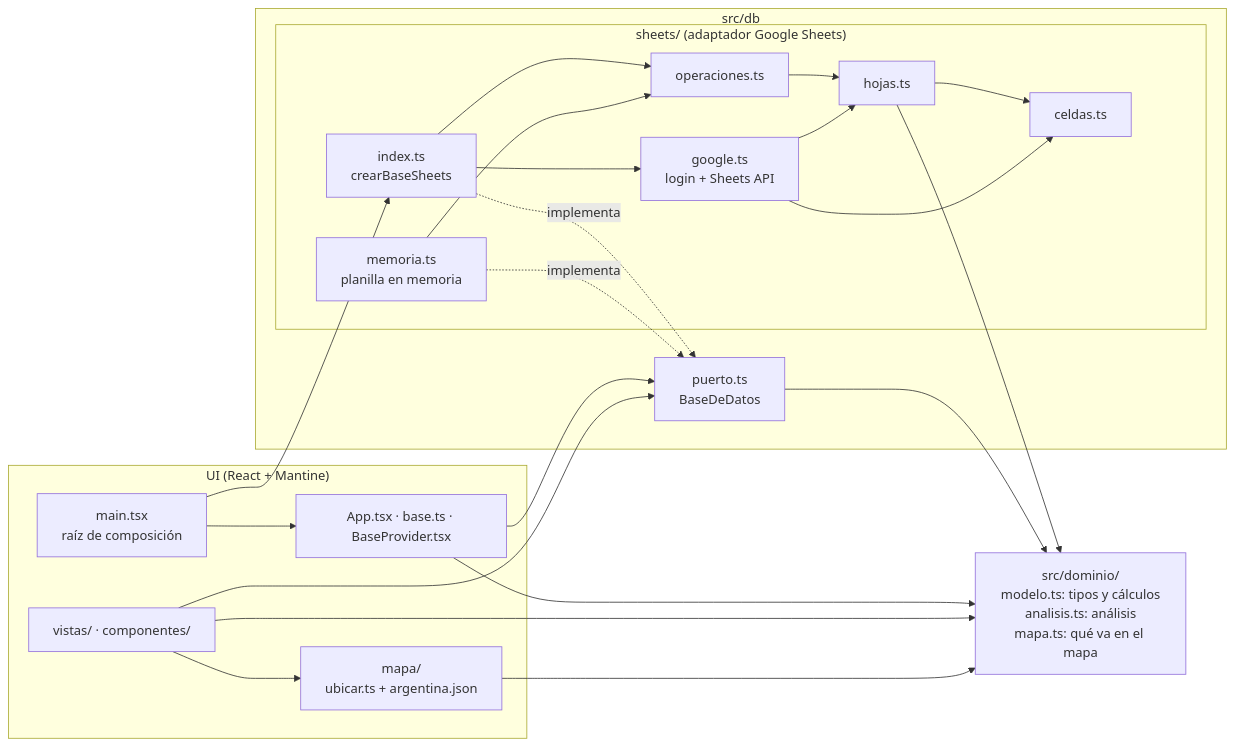
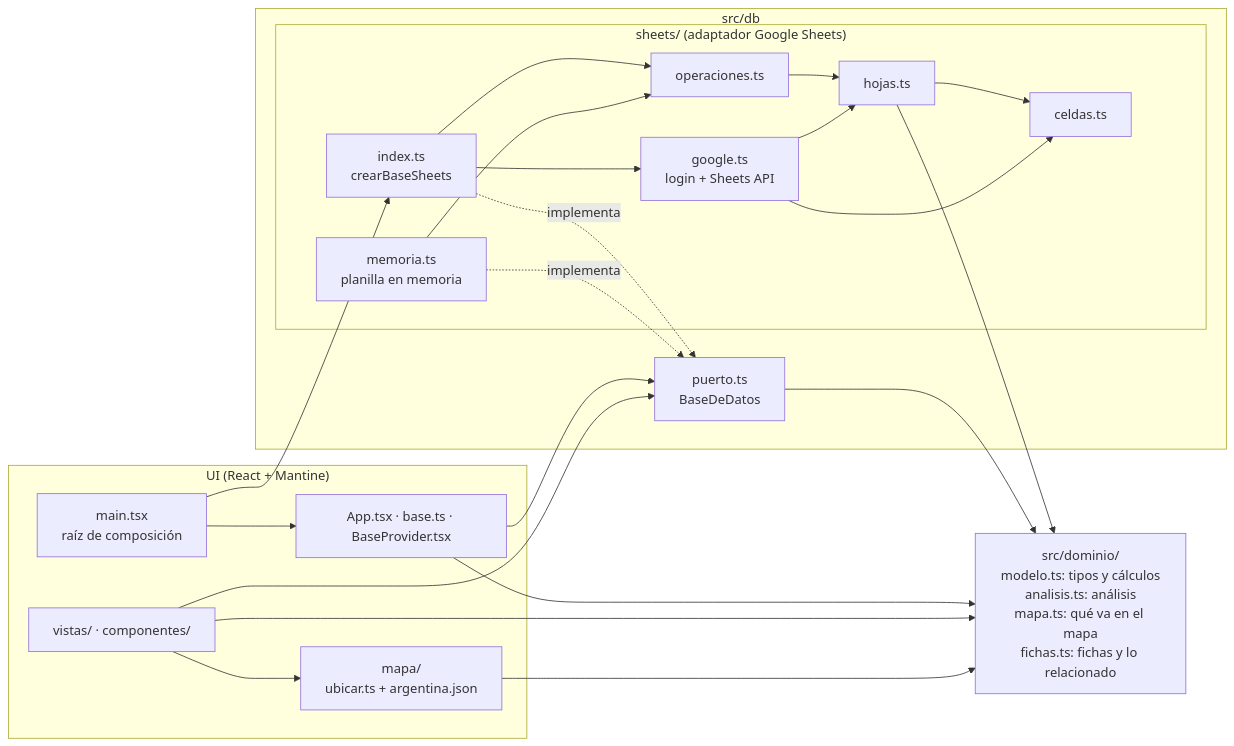
The first of 2 diagrams in spec/arquitectura.md (magalipujol/ERPeq), drawn with Mermaid before and after one commit. The commit also changed other lines of this file and 23 other files, not shown here.

````diff
--- a/spec/arquitectura.md
+++ b/spec/arquitectura.md
@@ -10,41 +10,41 @@
 ```mermaid
 flowchart LR
   subgraph UI["UI (React + Mantine)"]
     main["main.tsx<br/>raíz de composición"]
     app["App.tsx · base.ts · BaseProvider.tsx"]
     vistas["vistas/ · componentes/"]
     mapa["mapa/<br/>ubicar.ts + argentina.json"]
   end
   subgraph db["src/db"]
     puerto["puerto.ts<br/>BaseDeDatos"]
     subgraph sheets["sheets/ (adaptador Google Sheets)"]
       index["index.ts<br/>crearBaseSheets"]
       ops["operaciones.ts"]
       hojas["hojas.ts"]
       celdas["celdas.ts"]
       google["google.ts<br/>login + Sheets API"]
       memoria["memoria.ts<br/>planilla en memoria"]
     end
   end
-  dominio["src/dominio/<br/>modelo.ts: tipos y cálculos<br/>analisis.ts: análisis<br/>mapa.ts: qué va en el mapa"]
+  dominio["src/dominio/<br/>modelo.ts: tipos y cálculos<br/>analisis.ts: análisis<br/>mapa.ts: qué va en el mapa<br/>fichas.ts: fichas y lo relacionado"]
 
   main --> index
   main --> app
   app --> puerto
   vistas --> puerto
   app --> dominio
   vistas --> dominio
   vistas --> mapa
   mapa --> dominio
   puerto --> dominio
   index -. implementa .-> puerto
   memoria -. implementa .-> puerto
   index --> ops
   index --> google
   memoria --> ops
   ops --> hojas
   hojas --> celdas
   hojas --> dominio
   google --> celdas
   google --> hojas
 ```
````
